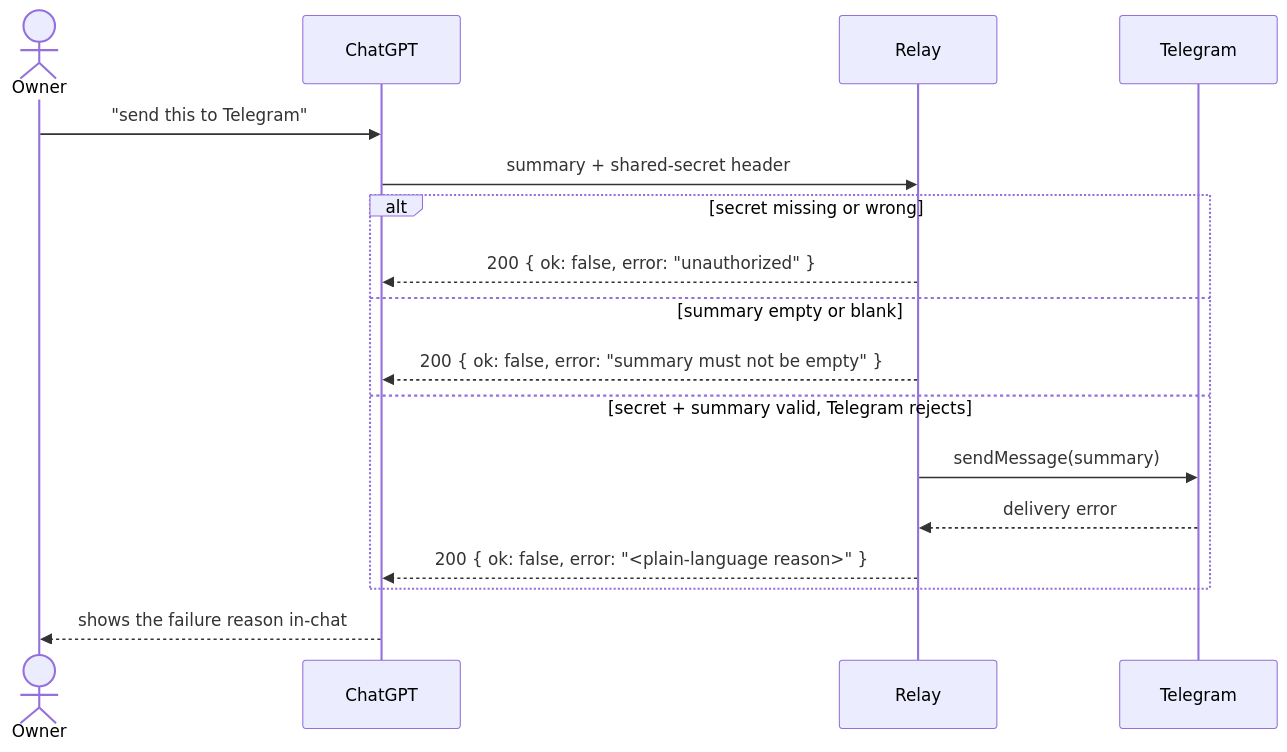
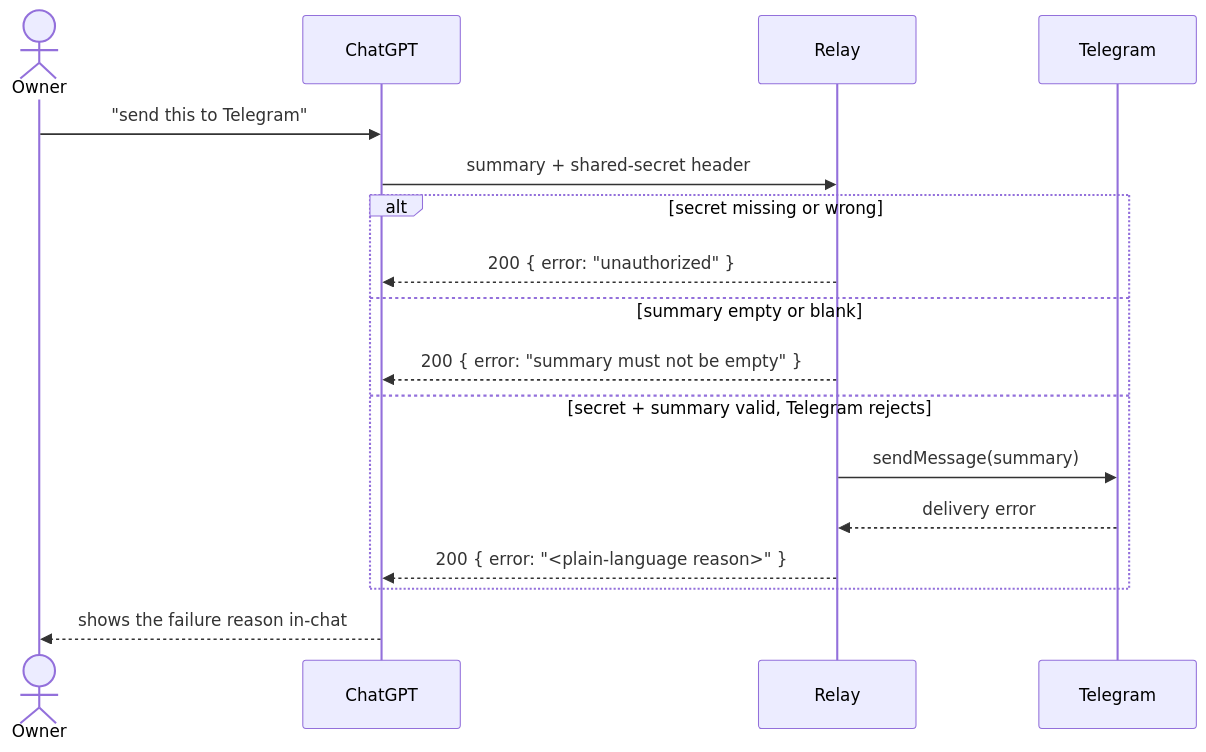
Before and after one commit to associate2coder/chat-brief-telegram: the fourth of 4 diagrams in docs/features/chat-brief-telegram/sad.md, drawn with Mermaid. The commit also changed other lines of this file and 1 other file, not shown here.

First line of the commit message:
design: chat-brief-telegram finalization (critic pass)

````diff
--- a/docs/features/chat-brief-telegram/sad.md
+++ b/docs/features/chat-brief-telegram/sad.md
@@ -225,20 +226,20 @@
 ```mermaid
 sequenceDiagram
     actor Owner
     participant ChatGPT
     participant Relay
     participant Telegram
 
     Owner->>ChatGPT: "send this to Telegram"
     ChatGPT->>Relay: summary + shared-secret header
     alt secret missing or wrong
-        Relay-->>ChatGPT: 200 { ok: false, error: "unauthorized" }
+        Relay-->>ChatGPT: 200 { error: "unauthorized" }
     else summary empty or blank
-        Relay-->>ChatGPT: 200 { ok: false, error: "summary must not be empty" }
+        Relay-->>ChatGPT: 200 { error: "summary must not be empty" }
     else secret + summary valid, Telegram rejects
         Relay->>Telegram: sendMessage(summary)
         Telegram-->>Relay: delivery error
-        Relay-->>ChatGPT: 200 { ok: false, error: "<plain-language reason>" }
+        Relay-->>ChatGPT: 200 { error: "<plain-language reason>" }
     end
     ChatGPT-->>Owner: shows the failure reason in-chat
 ```
````
